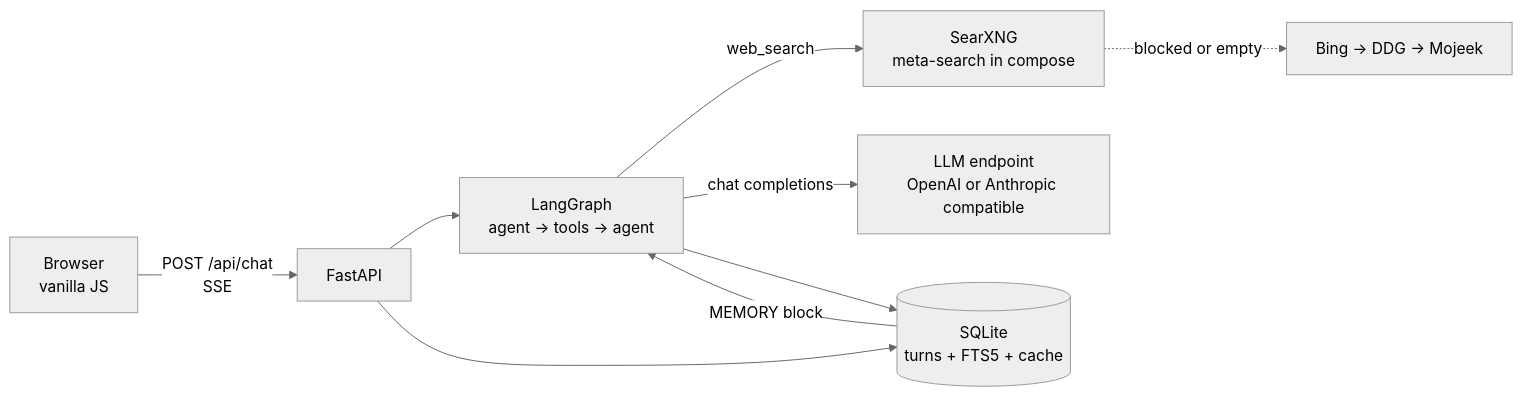
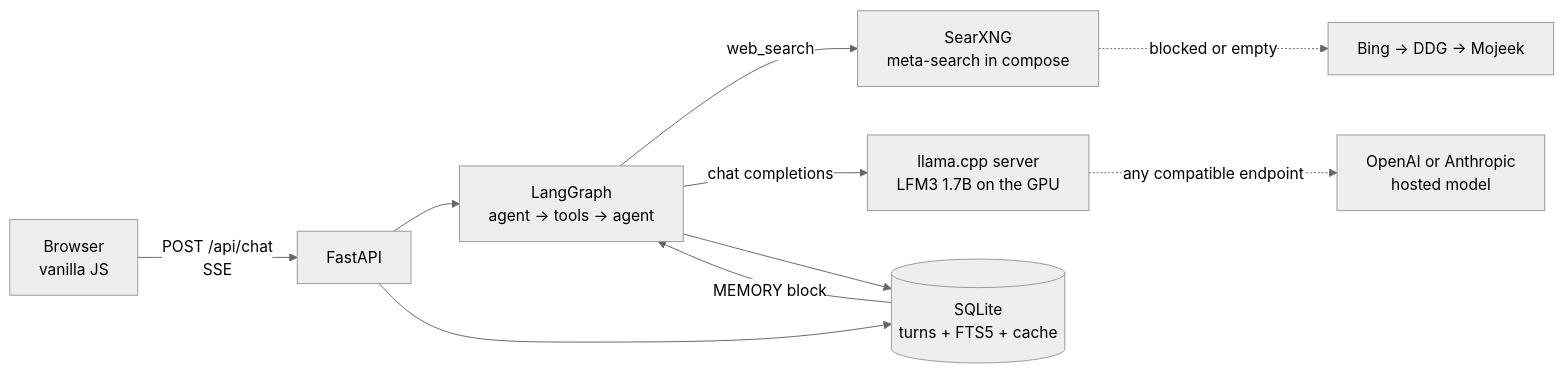
One commit to DeathSurfing/askline changed the first of 2 diagrams in design.md. Above: the diagram before and after it, drawn with Mermaid (neutral theme). The commit also changed other lines of this file and 17 other files, not shown here.

First line of the commit message:
Run the model on the GPU, stream tok/s, and suggest questions

````diff
--- a/design.md
+++ b/design.md
@@ -30,11 +30,12 @@
 ```mermaid
 flowchart LR
     B[Browser<br/>vanilla JS] -->|POST /api/chat<br/>SSE| F[FastAPI]
     F --> G[LangGraph<br/>agent -> tools -> agent]
     G -->|web_search| S[SearXNG<br/>meta-search in compose]
     S -.->|blocked or empty| S2[Bing -> DDG -> Mojeek]
-    G -->|chat completions| L[LLM endpoint<br/>OpenAI or Anthropic compatible]
+    G -->|chat completions| L[llama.cpp server<br/>LFM3 1.7B on the GPU]
+    L -.->|any compatible endpoint| L2[OpenAI or Anthropic<br/>hosted model]
     F --> M[(SQLite<br/>turns + FTS5 + cache)]
     G --> M
     M -->|MEMORY block| G
 ```
````
